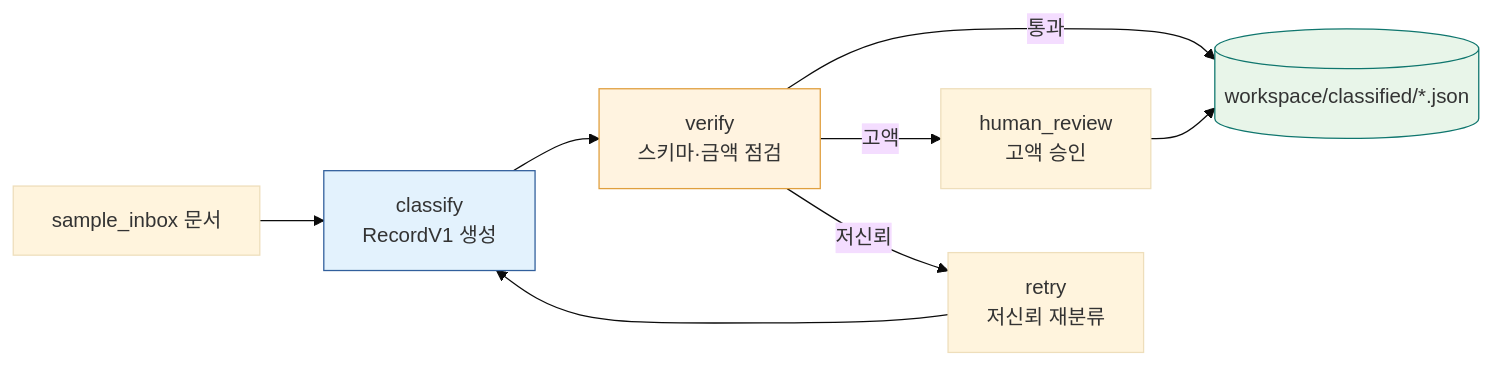
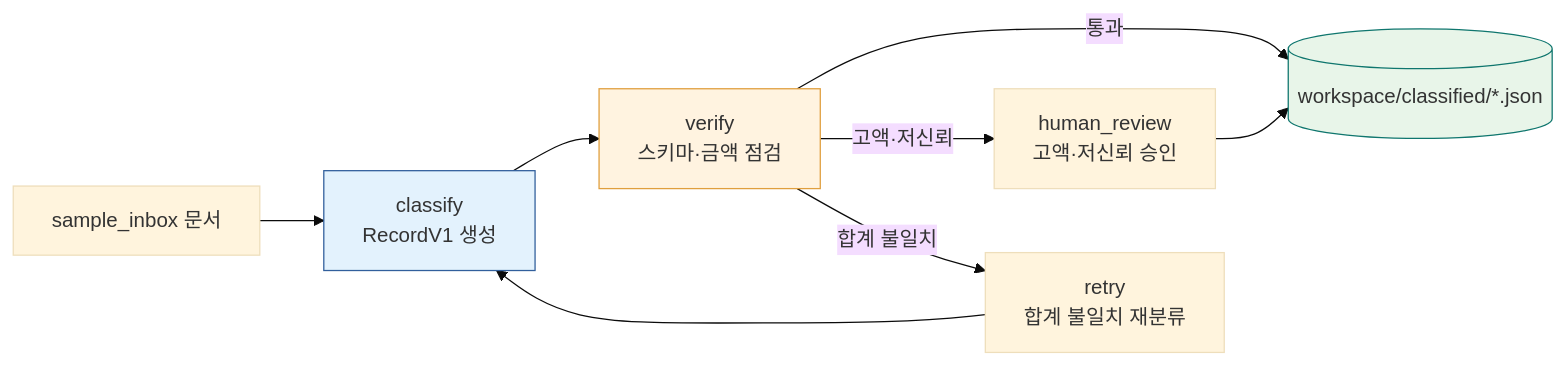
One commit to Yo-sure/deepagents-handson changed the fifth of 5 diagrams in books/md/Chapter 2. LangChain LangGraph Agent와 Harness 구조.md. Above: the diagram before and after it, drawn with Mermaid (base theme). The commit also changed other lines of this file and 17 other files, not shown here.

````diff
--- a/books/md/Chapter 2. LangChain LangGraph Agent와 Harness 구조.md
+++ b/books/md/Chapter 2. LangChain LangGraph Agent와 Harness 구조.md
@@ -593,16 +604,16 @@
 ```mermaid
 flowchart LR
     I["sample_inbox 문서"]
     C["classify<br/>RecordV1 생성"]
     V["verify<br/>스키마·금액 점검"]
-    H["human_review<br/>고액 승인"]
+    H["human_review<br/>고액·저신뢰 승인"]
     P[("workspace/classified/*.json")]
-    R["retry<br/>저신뢰 재분류"]
+    R["retry<br/>합계 불일치 재분류"]
     I --> C --> V
     V -- "통과" --> P
-    V -- "고액" --> H --> P
-    V -- "저신뢰" --> R --> C
+    V -- "고액·저신뢰" --> H --> P
+    V -- "합계 불일치" --> R --> C
     style C fill:#e3f2fd,stroke:#315f9c
     style V fill:#fff3e0,stroke:#e09f3e
     style P fill:#e8f5e9,stroke:#0f766e
 ```
````
